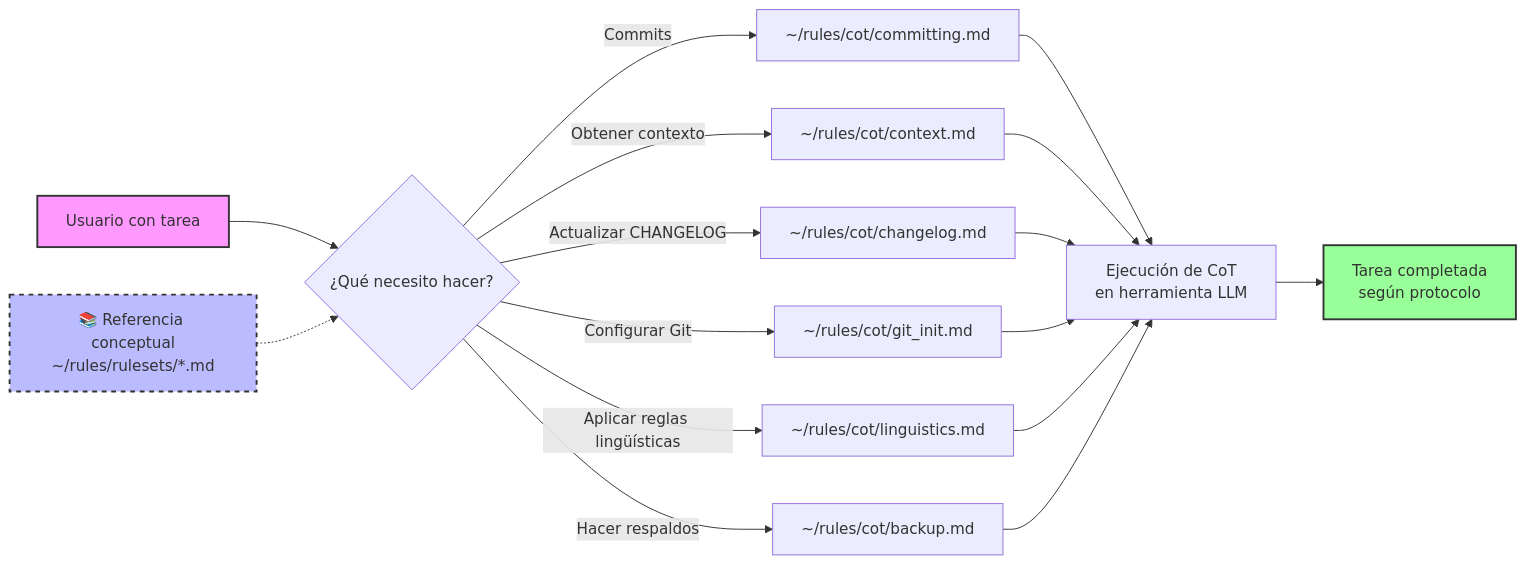
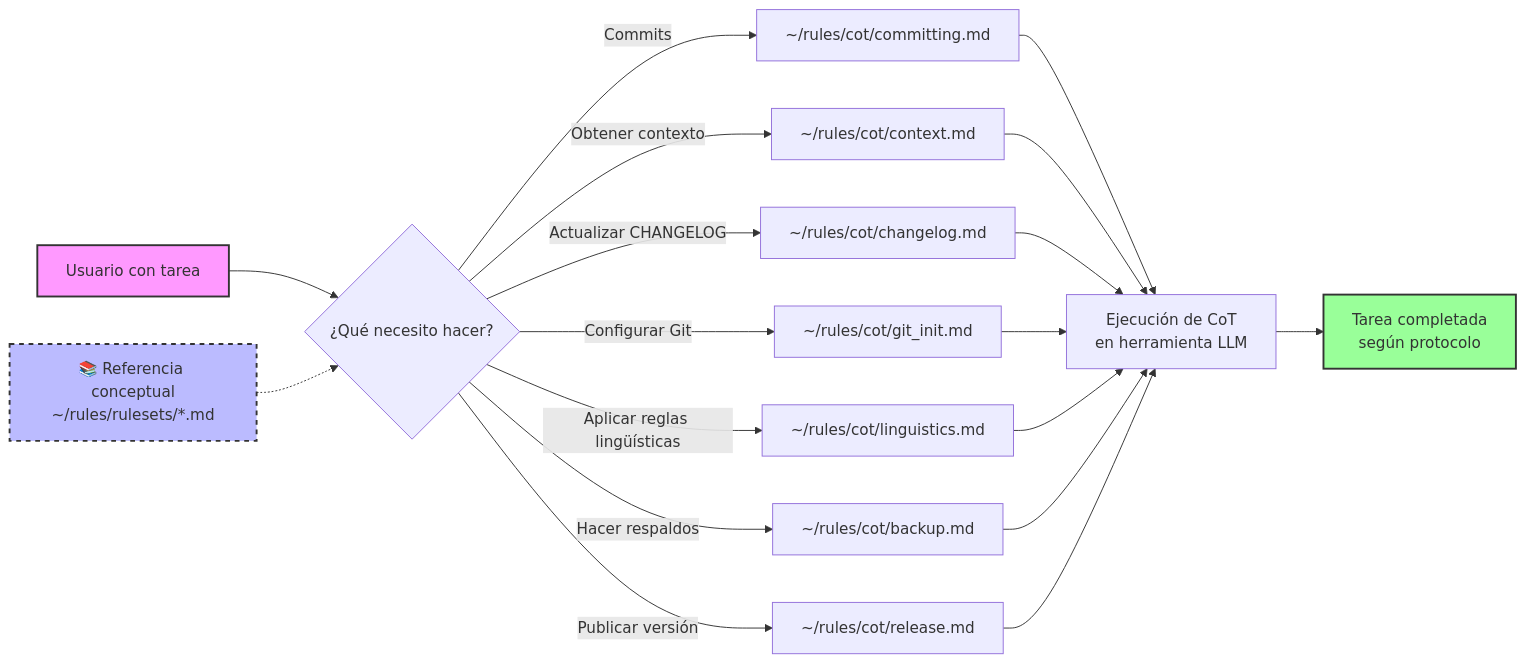
The first of 2 diagrams in README.md (incognia/rules), drawn with Mermaid before and after one commit. The commit also changed other lines of this file and 1 other file, not shown here.

First line of the commit message:
docs(readme): bring README in line with current skills and rules

````diff
--- a/README.md
+++ b/README.md
@@ -88,25 +86,27 @@
 ```mermaid
 flowchart LR
     A["Usuario con tarea"] --> B{"¿Qué necesito hacer?"}
     B -->|Commits| C["~/rules/cot/committing.md"]
     B -->|Obtener contexto| D["~/rules/cot/context.md"]
     B -->|Actualizar CHANGELOG| E["~/rules/cot/changelog.md"]
     B -->|Configurar Git| F["~/rules/cot/git_init.md"]
     B -->|Aplicar reglas lingüísticas| G["~/rules/cot/linguistics.md"]
     B -->|Hacer respaldos| H["~/rules/cot/backup.md"]
+    B -->|Publicar versión| L["~/rules/cot/release.md"]
     
     C --> I["Ejecución de CoT<br/>en herramienta LLM"]
     D --> I
     E --> I
     F --> I
     G --> I
     H --> I
+    L --> I
     
     I --> J["Tarea completada<br/>según protocolo"]
     
     K["📚 Referencia conceptual<br/>~/rules/rulesets/*.md"] -.-> B
     
     style A fill:#f9f,stroke:#333,stroke-width:2px
     style J fill:#9f9,stroke:#333,stroke-width:2px
     style K fill:#bbf,stroke:#333,stroke-width:2px,stroke-dasharray: 5 5
 ```
````
